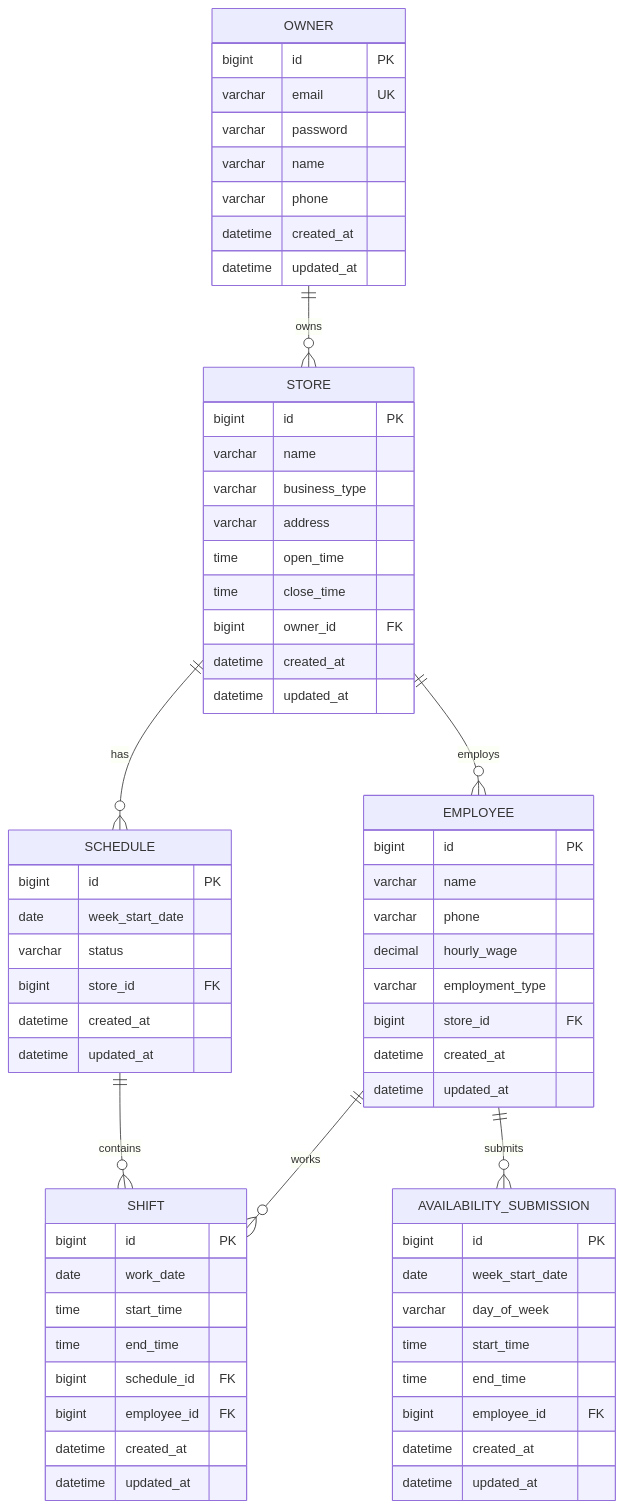
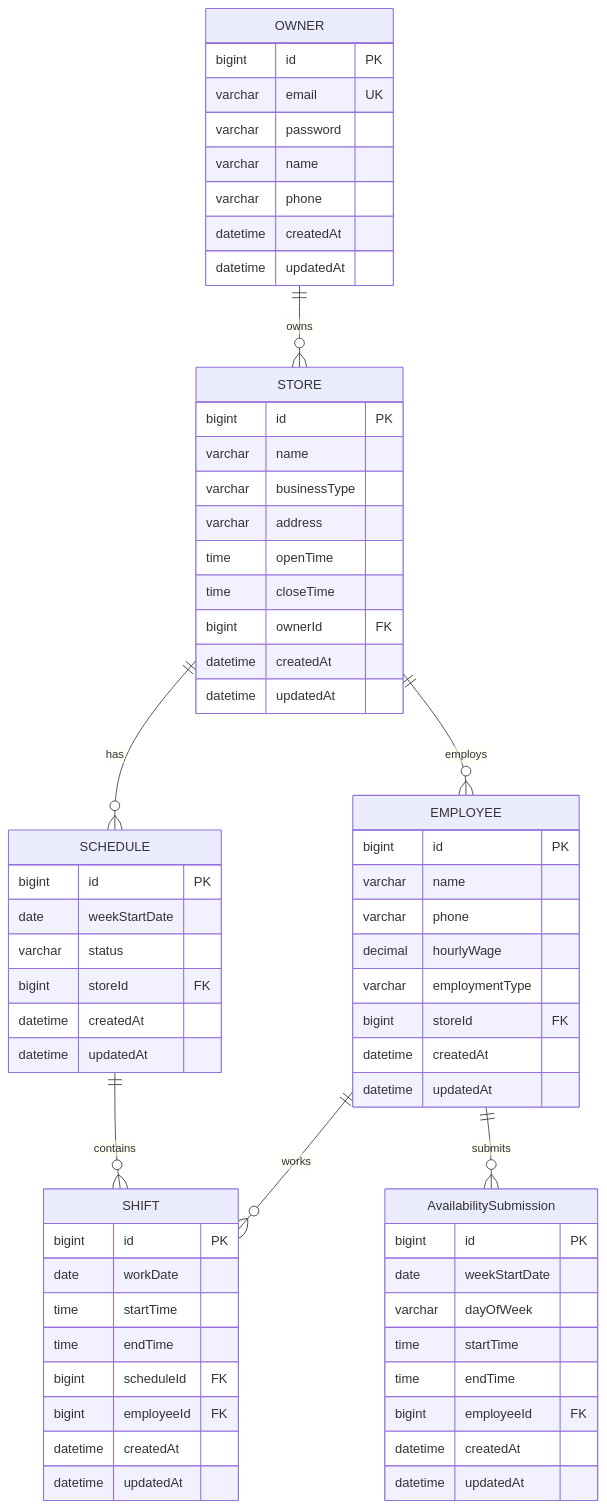
One commit to beyondnr/SCON-Backend changed the first of 2 diagrams in tasks/github-issues/issue-002-SCON-ENV-002.md. Above: the diagram before and after it, drawn with Mermaid. The commit also changed other lines of this file and 14 other files, not shown here.

````diff
--- a/tasks/github-issues/issue-002-SCON-ENV-002.md
+++ b/tasks/github-issues/issue-002-SCON-ENV-002.md
@@ -76,73 +89,68 @@
 ```mermaid
 erDiagram
     OWNER {
         bigint id PK
         varchar email UK
         varchar password
         varchar name
         varchar phone
-        datetime created_at
-        datetime updated_at
+        datetime createdAt
+        datetime updatedAt
     }
-    
     STORE {
         bigint id PK
         varchar name
-        varchar business_type
+        varchar businessType
         varchar address
-        time open_time
-        time close_time
-        bigint owner_id FK
-        datetime created_at
-        datetime updated_at
+        time openTime
+        time closeTime
+        bigint ownerId FK
+        datetime createdAt
+        datetime updatedAt
     }
-    
     EMPLOYEE {
         bigint id PK
         varchar name
         varchar phone
-        decimal hourly_wage
-        varchar employment_type
-        bigint store_id FK
-        datetime created_at
-        datetime updated_at
+        decimal hourlyWage
+        varchar employmentType
+        bigint storeId FK
+        datetime createdAt
+        datetime updatedAt
     }
-    
     SCHEDULE {
         bigint id PK
-        date week_start_date
+        date weekStartDate
         varchar status
-        bigint store_id FK
-        datetime created_at
-        datetime updated_at
+        bigint storeId FK
+        datetime createdAt
+        datetime updatedAt
     }
-    
     SHIFT {
         bigint id PK
-        date work_date
-        time start_time
-        time end_time
-        bigint schedule_id FK
-        bigint employee_id FK
-        datetime created_at
-        datetime updated_at
+        date workDate
+        time startTime
+        time endTime
+        bigint scheduleId FK
+        bigint employeeId FK
+        datetime createdAt
+        datetime updatedAt
     }
-    
-    AVAILABILITY_SUBMISSION {
+    AvailabilitySubmission {
         bigint id PK
-        date week_start_date
-        varchar day_of_week
-        time start_time
-        time end_time
-        bigint employee_id FK
-        datetime created_at
-        datetime updated_at
+        date weekStartDate
+        varchar dayOfWeek
+        time startTime
+        time endTime
+        bigint employeeId FK
+        datetime createdAt
+        datetime updatedAt
     }
-    
+
     OWNER ||--o{ STORE : owns
     STORE ||--o{ EMPLOYEE : employs
     STORE ||--o{ SCHEDULE : has
     SCHEDULE ||--o{ SHIFT : contains
     EMPLOYEE ||--o{ SHIFT : works
-    EMPLOYEE ||--o{ AVAILABILITY_SUBMISSION : submits
+    EMPLOYEE ||--o{ AvailabilitySubmission : submits
 ```
````
